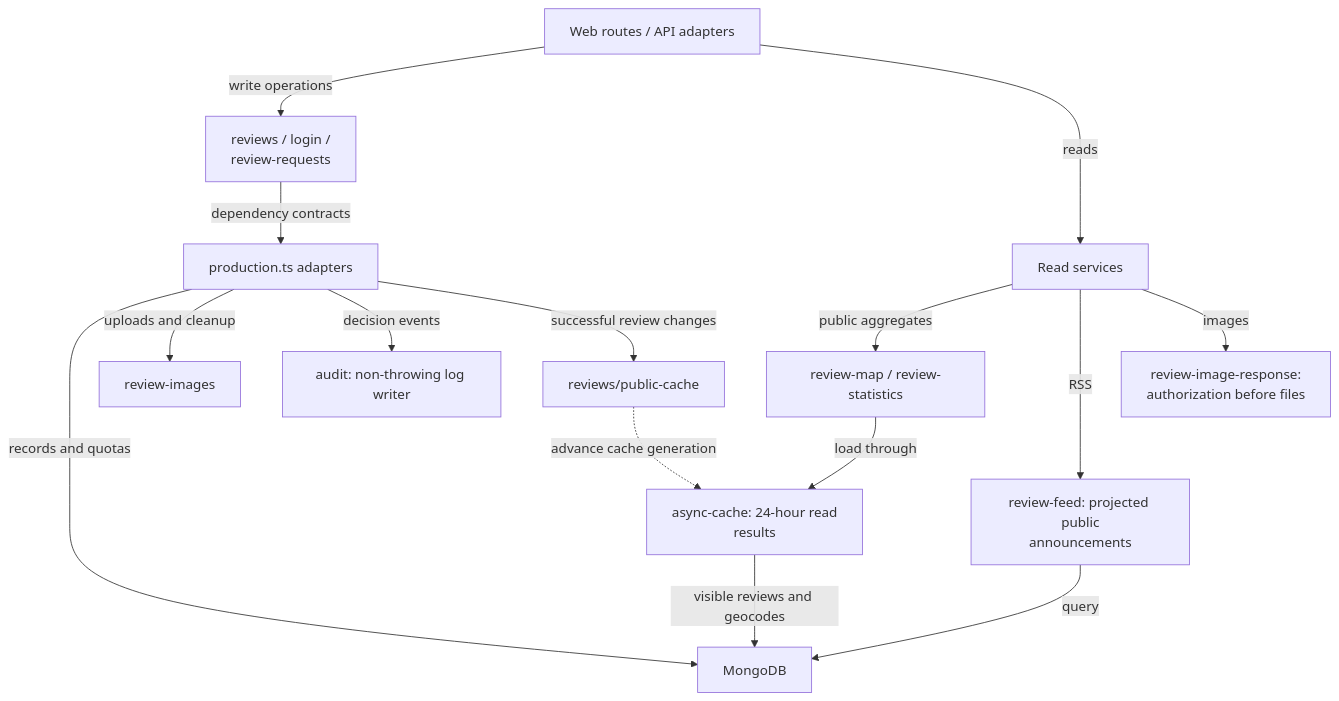
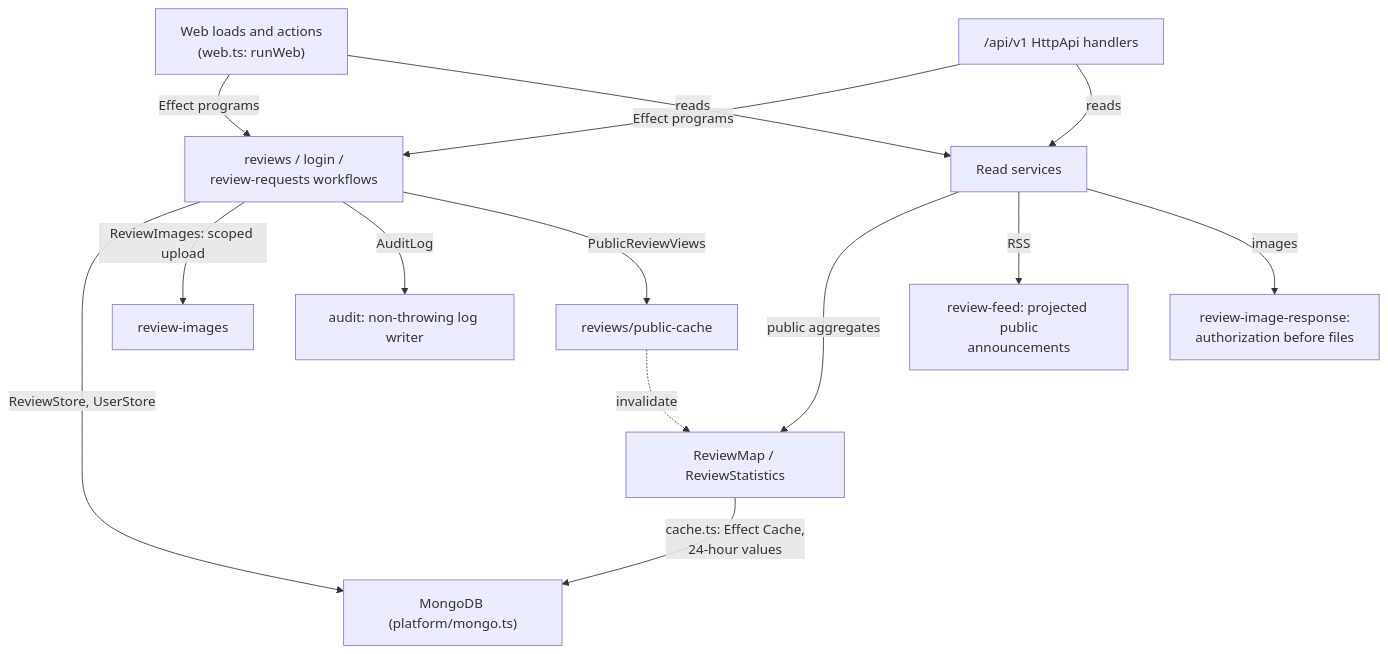
One commit to jonathan-lindqvist/enstorstarkreview changed the first of 2 diagrams in src/lib/server/README.md. Above: the diagram before and after it, drawn with Mermaid. The commit also changed other lines of this file and 21 other files, not shown here.

Commit message:
docs: describe the Effect runtime, HttpApi and test layers

````diff
--- a/src/lib/server/README.md
+++ b/src/lib/server/README.md
@@ -12,17 +15,16 @@
 ```mermaid
 flowchart TD
-    Routes["Web routes / API adapters"] -->|"write operations"| Workflows["reviews / login /<br/>review-requests"]
-    Workflows -->|"dependency contracts"| Production["production.ts adapters"]
-    Production -->|"records and quotas"| Mongo["MongoDB"]
-    Production -->|"uploads and cleanup"| Images["review-images"]
-    Production -->|"decision events"| Audit["audit: non-throwing log writer"]
-    Production -->|"successful review changes"| Invalidate["reviews/public-cache"]
-    Routes -->|"reads"| Reads["Read services"]
-    Reads -->|"public aggregates"| Cached["review-map / review-statistics"]
-    Cached -->|"load through"| Cache["async-cache: 24-hour read<br/>results"]
-    Cache -->|"visible reviews and geocodes"| Mongo
-    Invalidate -.->|"advance cache generation"| Cache
+    Web["Web loads and actions<br/>(web.ts: runWeb)"] -->|"Effect programs"| Workflows["reviews / login /<br/>review-requests workflows"]
+    Api["/api/v1 HttpApi handlers"] -->|"Effect programs"| Workflows
+    Workflows -->|"ReviewStore, UserStore"| Mongo["MongoDB (platform/mongo.ts)"]
+    Workflows -->|"ReviewImages: scoped upload"| Images["review-images"]
+    Workflows -->|"AuditLog"| Audit["audit: non-throwing log writer"]
+    Workflows -->|"PublicReviewViews"| Invalidate["reviews/public-cache"]
+    Web -->|"reads"| Reads["Read services"]
+    Api -->|"reads"| Reads
+    Reads -->|"public aggregates"| Cached["ReviewMap / ReviewStatistics"]
+    Cached -->|"cache.ts: Effect Cache,<br/>24-hour values"| Mongo
+    Invalidate -.->|"invalidate"| Cached
     Reads -->|"RSS"| Feed["review-feed: projected public<br/>announcements"]
-    Feed -->|"query"| Mongo
     Reads -->|"images"| ImageRead["review-image-response:<br/>authorization before files"]
 ```
````
